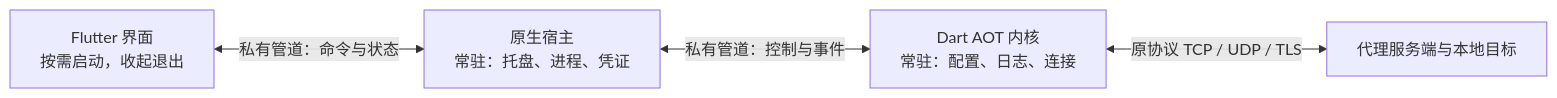
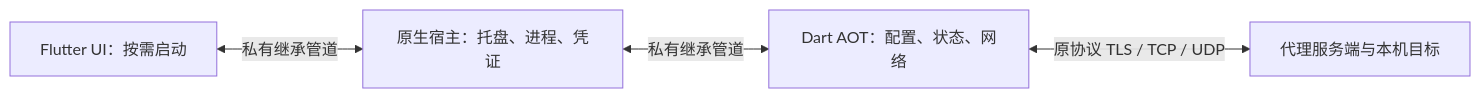
Before and after one commit to ynx-official/neutrino-proxy-client-desktop: the diagram in docs/03-architecture/background-process-design.md, drawn with Mermaid. The commit also changed other lines of this file and 62 other files, not shown here.

````diff
--- a/docs/03-architecture/background-process-design.md
+++ b/docs/03-architecture/background-process-design.md
@@ -56,6 +15,6 @@
 ```mermaid
 flowchart LR
-    UI[Flutter 界面\n按需启动，收起退出] <-->|私有管道：命令与状态| Host[原生宿主\n常驻：托盘、进程、凭证]
-    Host <-->|私有管道：控制与事件| Core[Dart AOT 内核\n常驻：配置、日志、连接]
-    Core <-->|原协议 TCP / UDP / TLS| Server[代理服务端与本地目标]
+    UI[Flutter UI：按需启动] <-->|私有继承管道| Host[原生宿主：托盘、进程、凭证]
+    Host <-->|私有继承管道| Worker[Dart AOT：配置、状态、网络]
+    Worker <-->|原协议 TLS / TCP / UDP| Server[代理服务端与本机目标]
 ```
````
